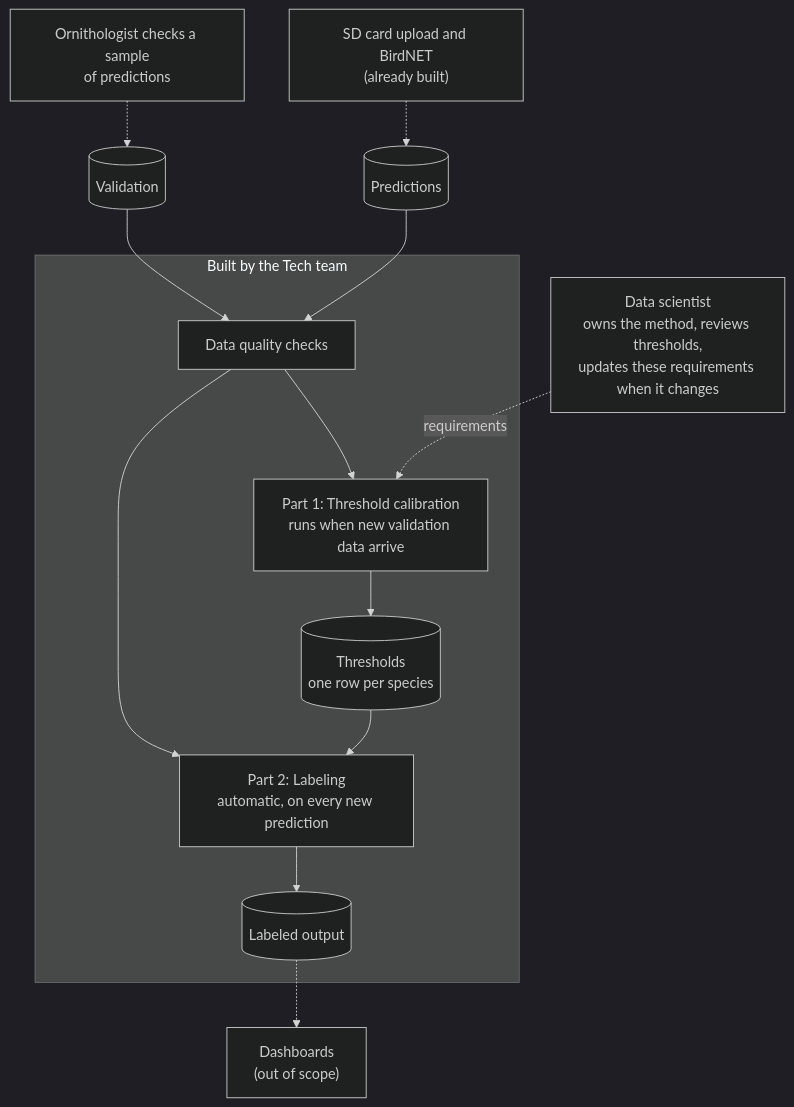
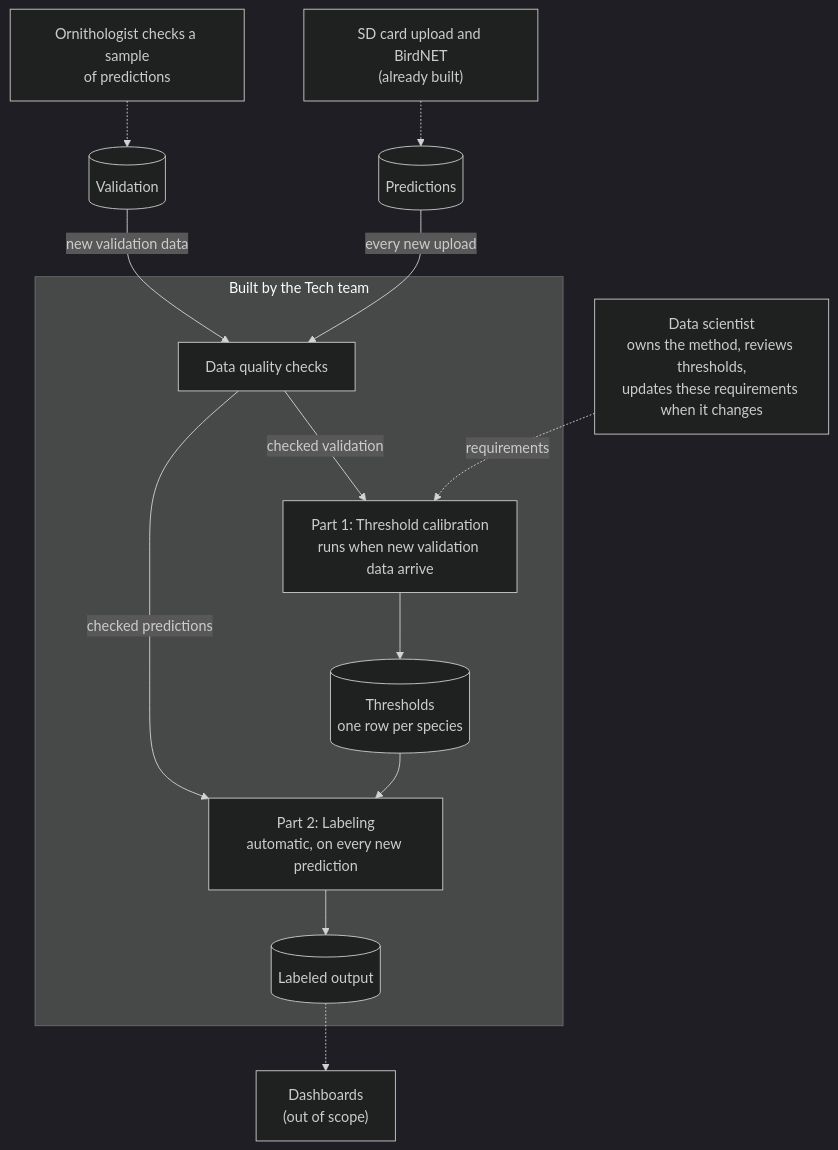
The diagram in Data_Birds/Tech_Requirements.md (srcohen/NS_SDS_TakeHomeProject_SCohen), drawn with Mermaid (dark theme) before and after one commit. The commit also changed other lines of this file, not shown here.

````diff
--- a/Data_Birds/Tech_Requirements.md
+++ b/Data_Birds/Tech_Requirements.md
@@ -22,30 +35,30 @@
 ```mermaid
 flowchart TD
     SME["Ornithologist checks a sample<br/>of predictions"]
     U["SD card upload and BirdNET<br/>(already built)"]
     V[("Validation")]
     P[("Predictions")]
     DS["Data scientist<br/>owns the method, reviews thresholds,<br/>updates these requirements when it changes"]
 
     subgraph TECH["Built by the Tech team"]
         QC["Data quality checks"]
         P1["Part 1: Threshold calibration<br/>runs when new validation data arrive"]
         T[("Thresholds<br/>one row per species")]
         P2["Part 2: Labeling<br/>automatic, on every new prediction"]
         L[("Labeled output")]
     end
 
     D["Dashboards<br/>(out of scope)"]
 
     SME -.-> V
     U -.-> P
-    V --> QC
-    P --> QC
-    QC --> P1
-    QC --> P2
+    V -->|new validation data| QC
+    P -->|every new upload| QC
+    QC -->|checked validation| P1
+    QC -->|checked predictions| P2
     P1 --> T
     T --> P2
     P2 --> L
     L -.-> D
     DS -.->|requirements| P1
 ```
````
